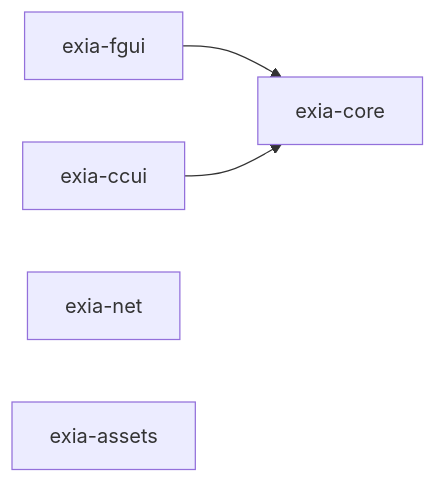
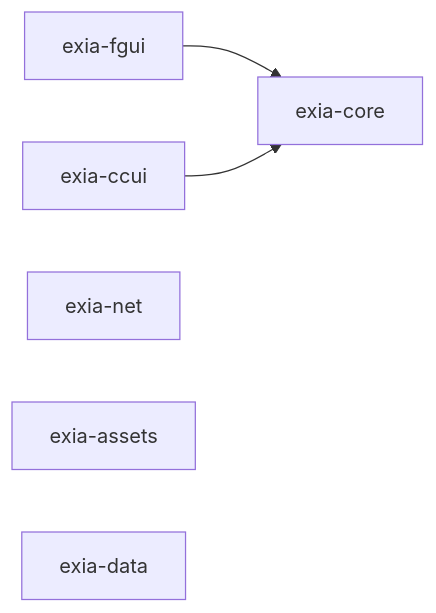
One commit to xiachenggang/exia-framework changed the diagram in README.md. Above: the diagram before and after it, drawn with Mermaid. The commit also changed other lines of this file and 13 other files, not shown here.

````diff
--- a/README.md
+++ b/README.md
@@ -62,8 +63,9 @@
 ```mermaid
 graph LR
     Core[exia-core]
     FGUI[exia-fgui] --> Core
     CCUI[exia-ccui] --> Core
     Net[exia-net]
     Assets[exia-assets]
+    Data[exia-data]
 ```
````
